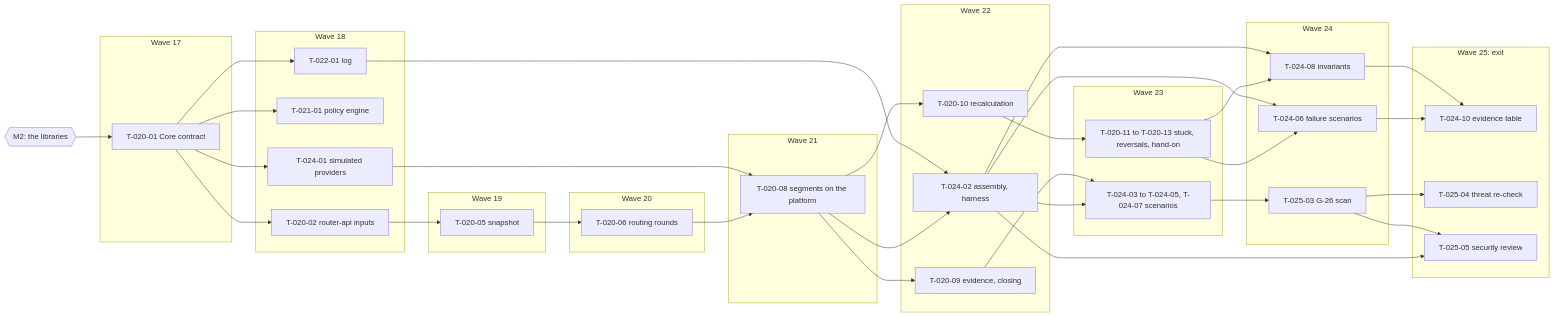
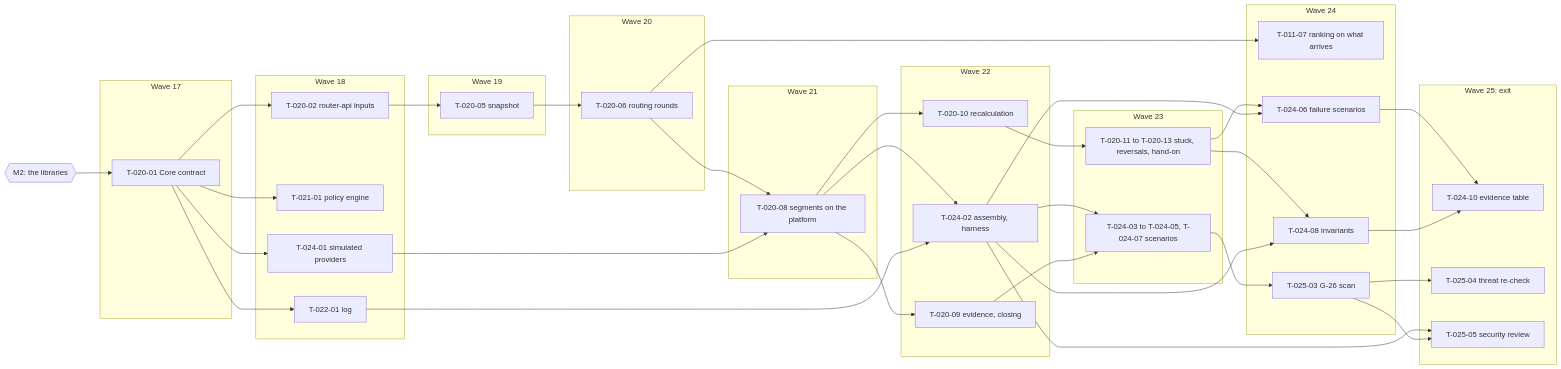
One commit to bloque-app/rutent changed the third of 3 diagrams in PLAN.md. Above: the diagram before and after it, drawn with Mermaid. The commit also changed other lines of this file and 9 other files, not shown here.

````diff
--- a/PLAN.md
+++ b/PLAN.md
@@ -871,52 +872,54 @@
 ```mermaid
 flowchart LR
   M2{{"M2: the libraries"}}
   subgraph W17["Wave 17"]
     C["T-020-01 Core contract"]
   end
   subgraph W18["Wave 18"]
     Q["T-020-02 router-api inputs"]
     Z["T-021-01 policy engine"]
     L["T-022-01 log"]
     P["T-024-01 simulated providers"]
   end
   subgraph W19["Wave 19"]
     S["T-020-05 snapshot"]
   end
   subgraph W20["Wave 20"]
     R["T-020-06 routing rounds"]
   end
   subgraph W21["Wave 21"]
     X["T-020-08 segments on the platform"]
   end
   subgraph W22["Wave 22"]
     E["T-020-09 evidence, closing"]
     RC["T-020-10 recalculation"]
     H["T-024-02 assembly, harness"]
   end
   subgraph W23["Wave 23"]
     ST["T-020-11 to T-020-13 stuck, reversals, hand-on"]
     S4["T-024-03 to T-024-05, T-024-07 scenarios"]
   end
   subgraph W24["Wave 24"]
+    NR["T-011-07 ranking on what arrives"]
     S6["T-024-06 failure scenarios"]
     I["T-024-08 invariants"]
     V["T-025-03 G-26 scan"]
   end
   subgraph W25["Wave 25: exit"]
     T["T-024-10 evidence table"]
     TR["T-025-04 threat re-check"]
     SR["T-025-05 security review"]
   end
   M2 --> C
   C --> Q & Z & L & P
   Q --> S --> R --> X
   P --> X
   X --> E & RC & H
   L --> H
   RC --> ST --> S6 & I
+  R --> NR
   H --> S4 & S6 & I
   E --> S4 --> V --> TR
   S6 & I --> T
   H & V --> SR
 ```
````
